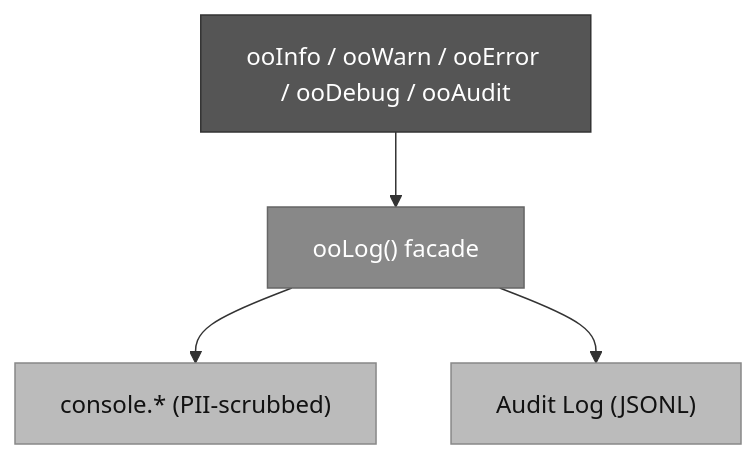
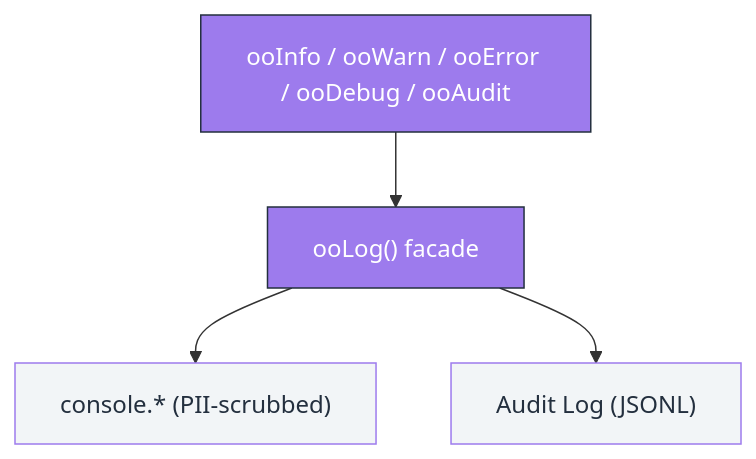
One commit to OpenObscure/OpenObscure changed diagram 13 of 14 in ARCHITECTURE.md. Above: the diagram before and after it, drawn with Mermaid. The commit also changed other lines of this file and 3 other files, not shown here.

First line of the commit message:
Apply consistent color palette across all mermaid diagrams

````diff
--- a/ARCHITECTURE.md
+++ b/ARCHITECTURE.md
@@ -602,17 +621,17 @@
 ```mermaid
 flowchart TB
     funcs["ooInfo / ooWarn / ooError / ooDebug / ooAudit"]
     facade["ooLog() facade"]
     funcs --> facade
 
     console["console.* (PII-scrubbed)"]
     auditlog["Audit Log (JSONL)"]
 
     facade --> console
     facade --> auditlog
 
-    style funcs fill:#555,stroke:#333,color:#fff
-    style facade fill:#888,stroke:#666,color:#fff
-    style console fill:#bbb,stroke:#888,color:#111
-    style auditlog fill:#bbb,stroke:#888,color:#111
+    style funcs fill:#9D7BED,stroke:#232F3E,color:#fff
+    style facade fill:#9D7BED,stroke:#232F3E,color:#fff
+    style console fill:#f2f5f7,stroke:#9D7BED,color:#232F3E
+    style auditlog fill:#f2f5f7,stroke:#9D7BED,color:#232F3E
 ```
````
